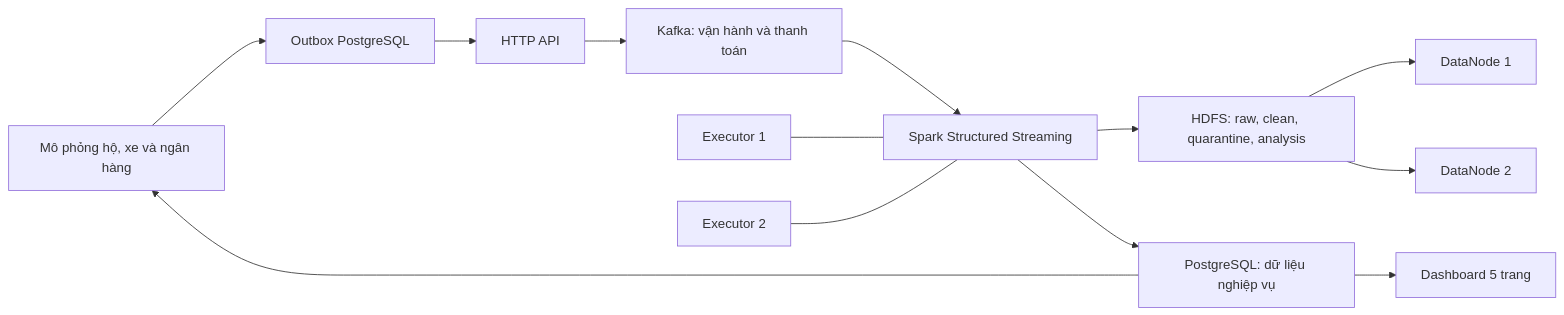
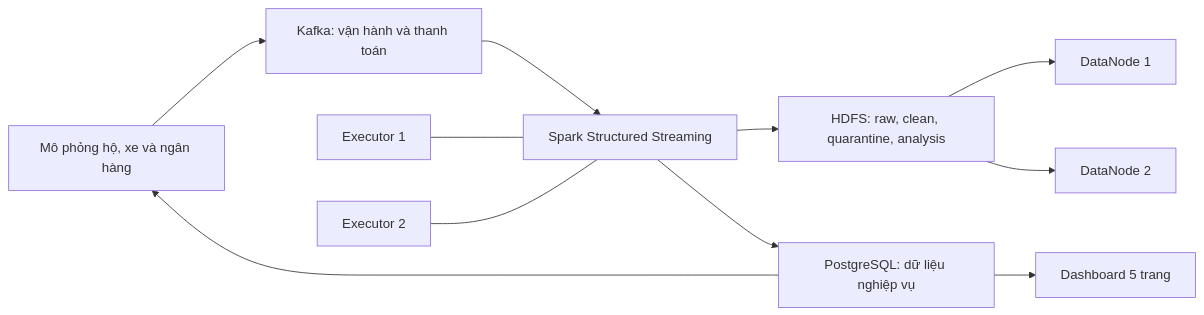
One commit to mhoang2005/TuanHung-waste-bigdata changed the diagram in bigdata/docs/BAO_CAO.md. Above: the diagram before and after it, drawn with Mermaid. The commit also changed other lines of this file and 98 other files, not shown here.

````diff
--- a/bigdata/docs/BAO_CAO.md
+++ b/bigdata/docs/BAO_CAO.md
@@ -3,15 +3,13 @@
 ```mermaid
 flowchart LR
-    S[Mô phỏng hộ, xe và ngân hàng] --> O[Outbox PostgreSQL]
-    O --> A[HTTP API]
-    A --> K[Kafka: vận hành và thanh toán]
+    S[Mô phỏng hộ, xe và ngân hàng] --> K[Kafka: vận hành và thanh toán]
     K --> D[Spark Structured Streaming]
     W1[Executor 1] --- D
     W2[Executor 2] --- D
     D --> H[HDFS: raw, clean, quarantine, analysis]
     H --> N1[DataNode 1]
     H --> N2[DataNode 2]
     D --> P[PostgreSQL: dữ liệu nghiệp vụ]
     P --> S
     P --> B[Dashboard 5 trang]
 ```
````
